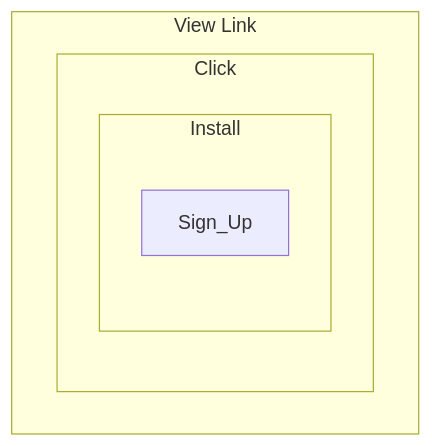
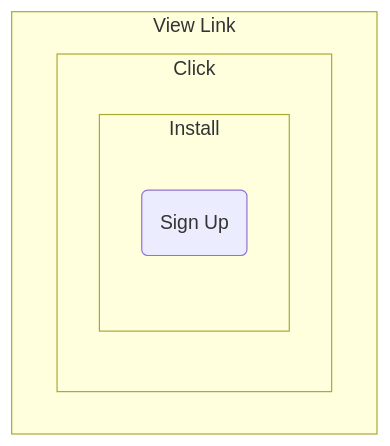
The second of 6 diagrams in SQL/notes/marketing_funnels.md (tangjm/data-engineering-notes), drawn with Mermaid before and after one commit. The commit also changed other lines of this file and 4 other files, not shown here.

````diff
--- a/SQL/notes/marketing_funnels.md
+++ b/SQL/notes/marketing_funnels.md
@@ -30,10 +30,10 @@
 ```mermaid
 flowchart
   subgraph View Link 
     subgraph Click
 			subgraph Install
-				Sign_Up
+				v(Sign Up)
     	end
     end
   end
 ```
````
